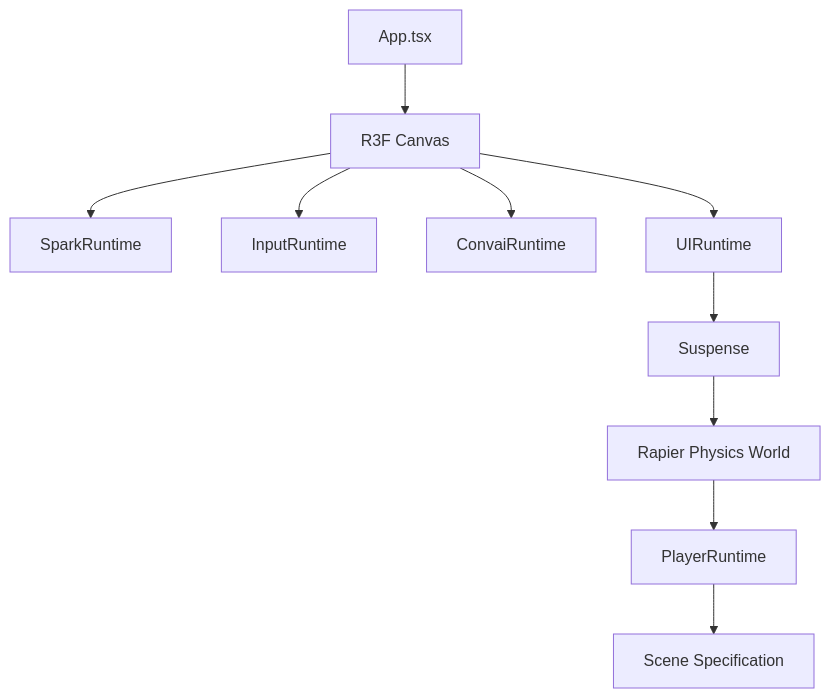
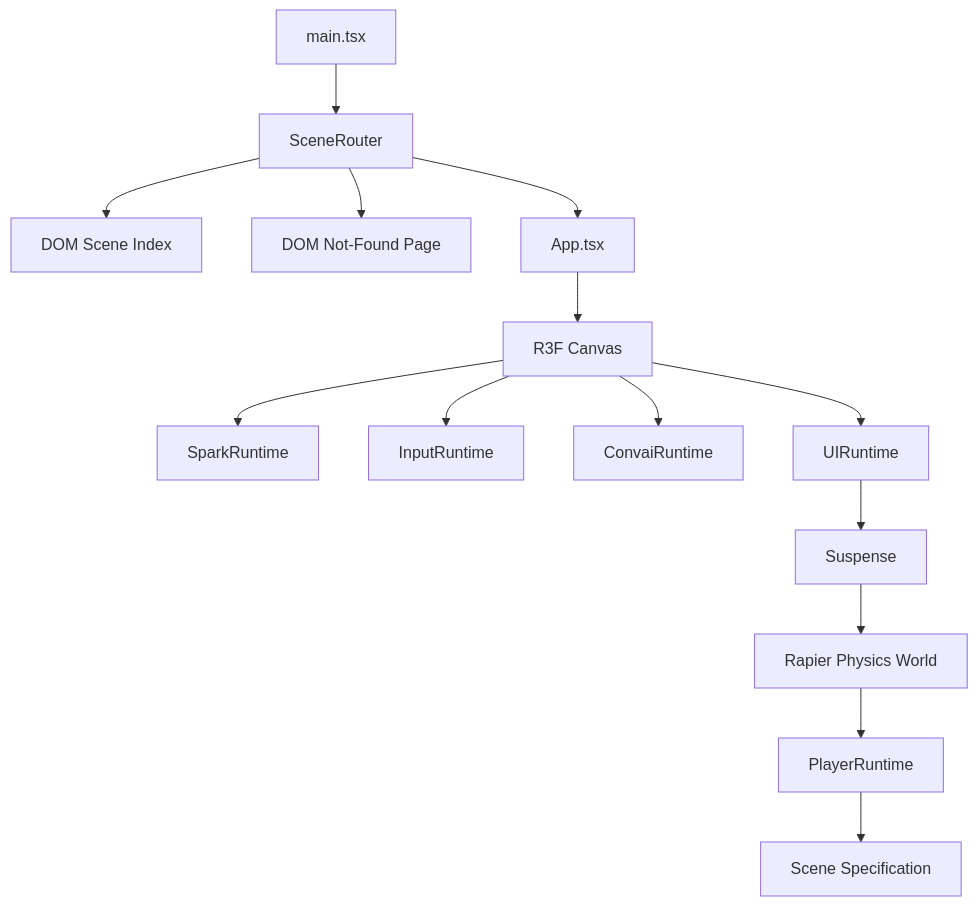
Before and after one commit to raolir/omnipraxis: the first of 8 diagrams in docs/architecture.md, drawn with Mermaid. The commit also changed other lines of this file and 13 other files, not shown here.

````diff
--- a/docs/architecture.md
+++ b/docs/architecture.md
@@ -14,14 +14,18 @@
 ```mermaid
 flowchart TD
-  App[App.tsx] --> Canvas[R3F Canvas]
+  Main[main.tsx] --> Router[SceneRouter]
+  Router --> Index[DOM Scene Index]
+  Router --> NotFound[DOM Not-Found Page]
+  Router --> App[App.tsx]
+  App --> Canvas[R3F Canvas]
 
   Canvas --> SparkRuntime[SparkRuntime]
   Canvas --> InputRuntime[InputRuntime]
   Canvas --> ConvaiRuntime[ConvaiRuntime]
   Canvas --> UIRuntime[UIRuntime]
 
   UIRuntime --> Suspense[Suspense]
   Suspense --> Physics[Rapier Physics World]
   Physics --> PlayerRuntime[PlayerRuntime]
   PlayerRuntime --> Scene[Scene Specification]
 ```
````
